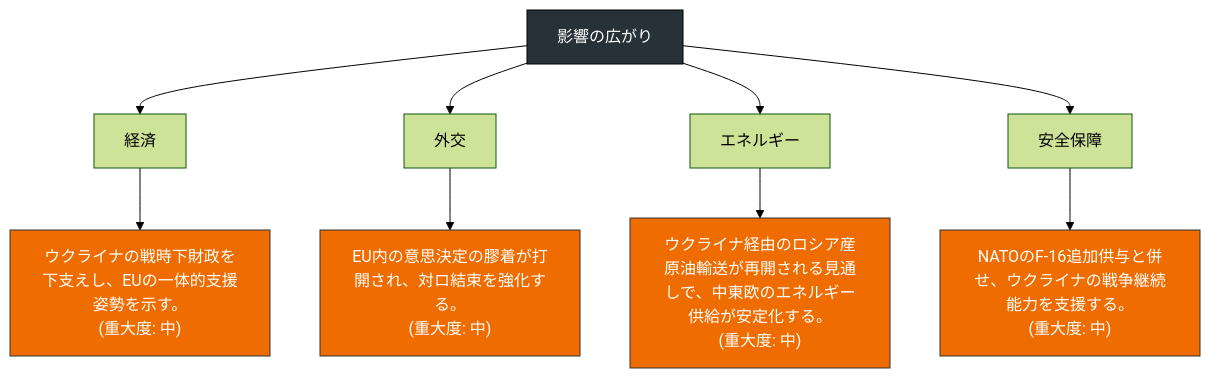
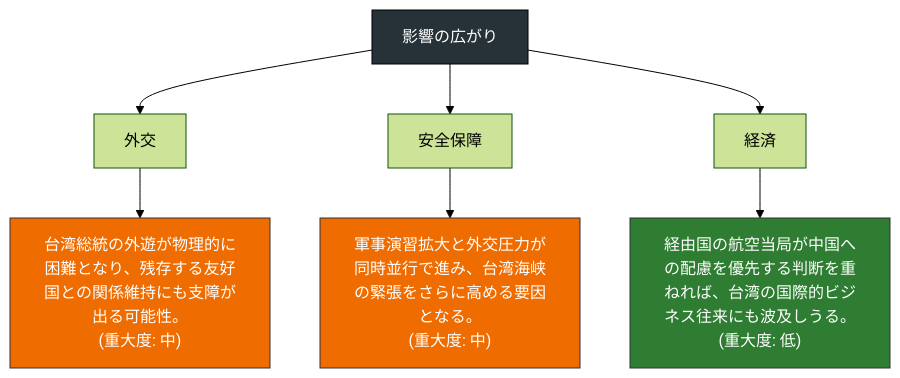
Before and after one commit to YUUUyutaro/tiseigaku: the eighth of 20 diagrams in docs/reports/2026-04-23.md, drawn with Mermaid (forest theme). The commit also changed other lines of this file and 3 other files, not shown here.

````diff
--- a/docs/reports/2026-04-23.md
+++ b/docs/reports/2026-04-23.md
@@ -159,21 +153,17 @@
 ```mermaid
 flowchart TB
   R["影響の広がり"]
-  D0["経済"]
-  I0["ウクライナの戦時下財政を下支えし、EUの一体的支援姿勢を示す。\n(重大度: 中)"]
+  D0["外交"]
+  I0["台湾総統の外遊が物理的に困難となり、残存する友好国との関係維持にも支障が出る可能性。\n(重大度: 中)"]
   R --> D0 --> I0
   style I0 fill:#ef6c00,color:#fff,stroke:#333
-  D1["外交"]
-  I1["EU内の意思決定の膠着が打開され、対ロ結束を強化する。\n(重大度: 中)"]
+  D1["安全保障"]
+  I1["軍事演習拡大と外交圧力が同時並行で進み、台湾海峡の緊張をさらに高める要因となる。\n(重大度: 中)"]
   R --> D1 --> I1
   style I1 fill:#ef6c00,color:#fff,stroke:#333
-  D2["エネルギー"]
-  I2["ウクライナ経由のロシア産原油輸送が再開される見通しで、中東欧のエネルギー供給が安定化する。\n(重大度: 中)"]
+  D2["経済"]
+  I2["経由国の航空当局が中国への配慮を優先する判断を重ねれば、台湾の国際的ビジネス往来にも波及しうる。\n(重大度: 低)"]
   R --> D2 --> I2
-  style I2 fill:#ef6c00,color:#fff,stroke:#333
-  D3["安全保障"]
-  I3["NATOのF-16追加供与と併せ、ウクライナの戦争継続能力を支援する。\n(重大度: 中)"]
-  R --> D3 --> I3
-  style I3 fill:#ef6c00,color:#fff,stroke:#333
+  style I2 fill:#2e7d32,color:#fff,stroke:#333
   style R fill:#263238,color:#fff,stroke:#000
 ```
````
